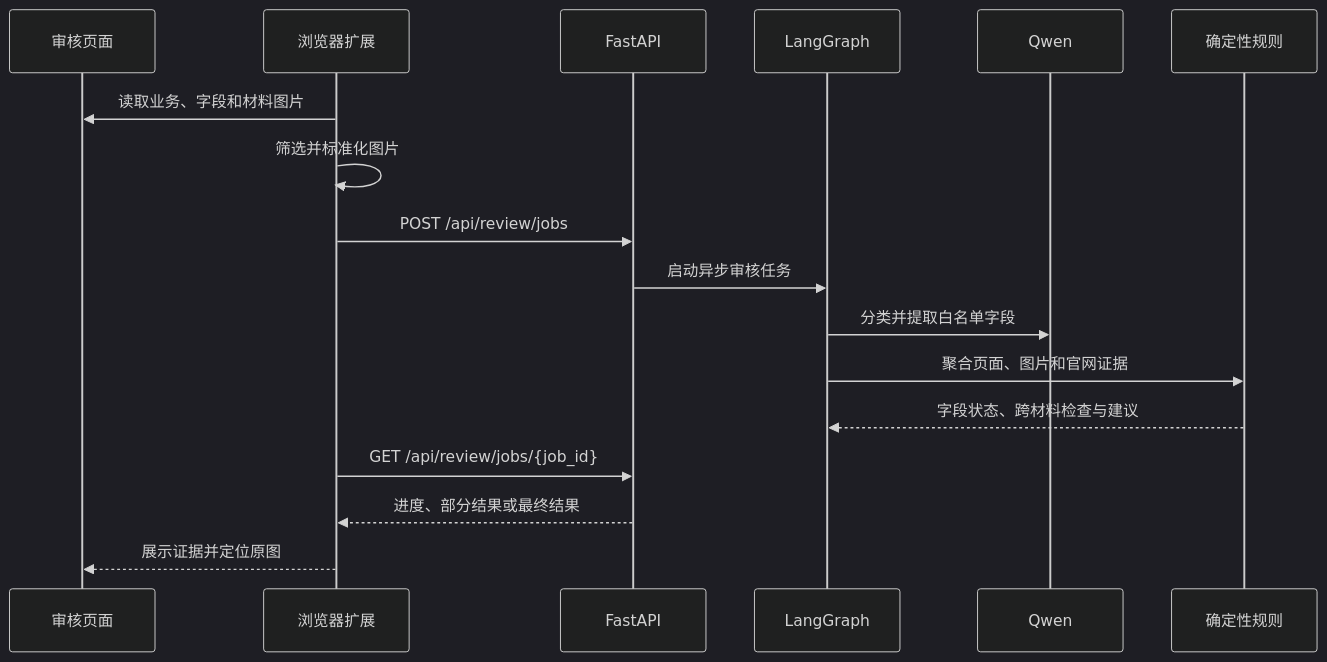
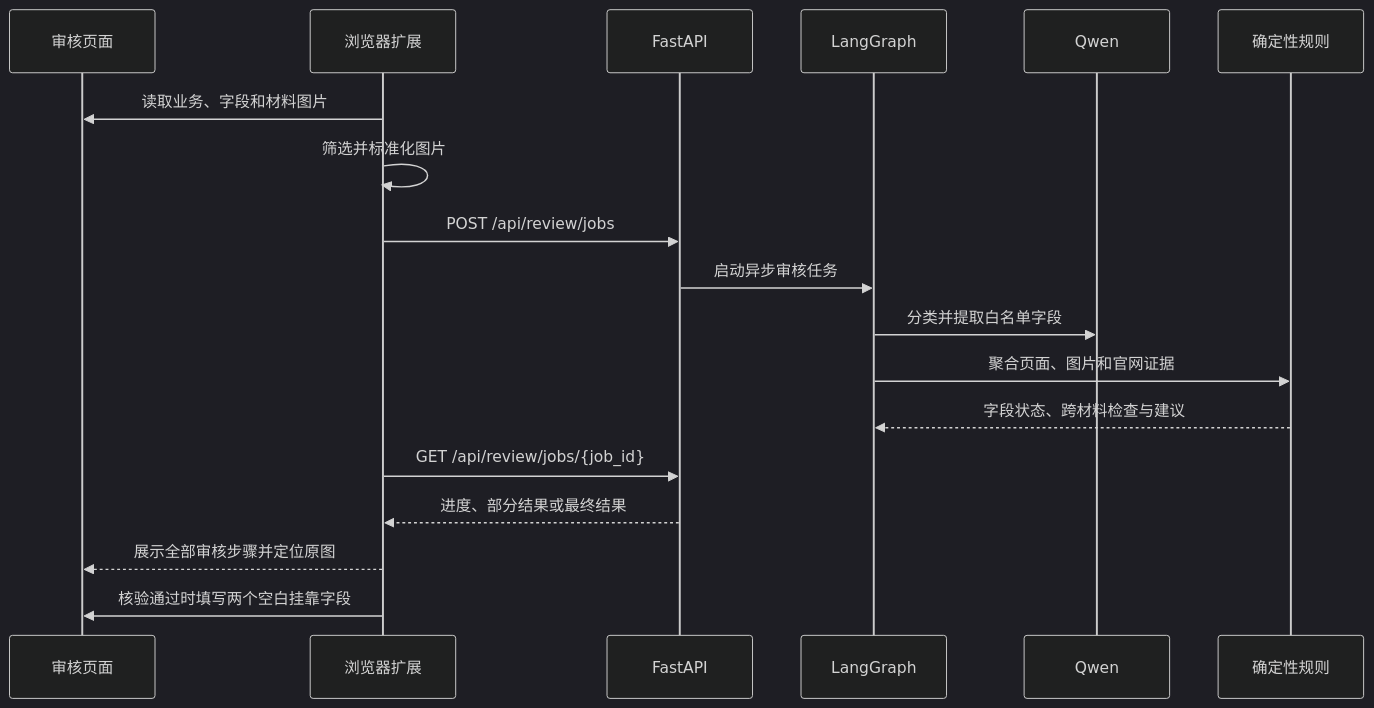
The diagram in docs/architecture.md (yangaobo0235/review-assistant), drawn with Mermaid (dark theme) before and after one commit. The commit also changed other lines of this file and 86 other files, not shown here.

````diff
--- a/docs/architecture.md
+++ b/docs/architecture.md
@@ -15,20 +15,21 @@
 ```mermaid
 sequenceDiagram
     participant Page as 审核页面
     participant Extension as 浏览器扩展
     participant API as FastAPI
     participant Workflow as LangGraph
     participant Qwen as Qwen
     participant Rules as 确定性规则
 
     Extension->>Page: 读取业务、字段和材料图片
     Extension->>Extension: 筛选并标准化图片
     Extension->>API: POST /api/review/jobs
     API->>Workflow: 启动异步审核任务
     Workflow->>Qwen: 分类并提取白名单字段
     Workflow->>Rules: 聚合页面、图片和官网证据
     Rules-->>Workflow: 字段状态、跨材料检查与建议
     Extension->>API: GET /api/review/jobs/{job_id}
     API-->>Extension: 进度、部分结果或最终结果
-    Extension-->>Page: 展示证据并定位原图
+    Extension-->>Page: 展示全部审核步骤并定位原图
+    Extension->>Page: 核验通过时填写两个空白挂靠字段
 ```
````
